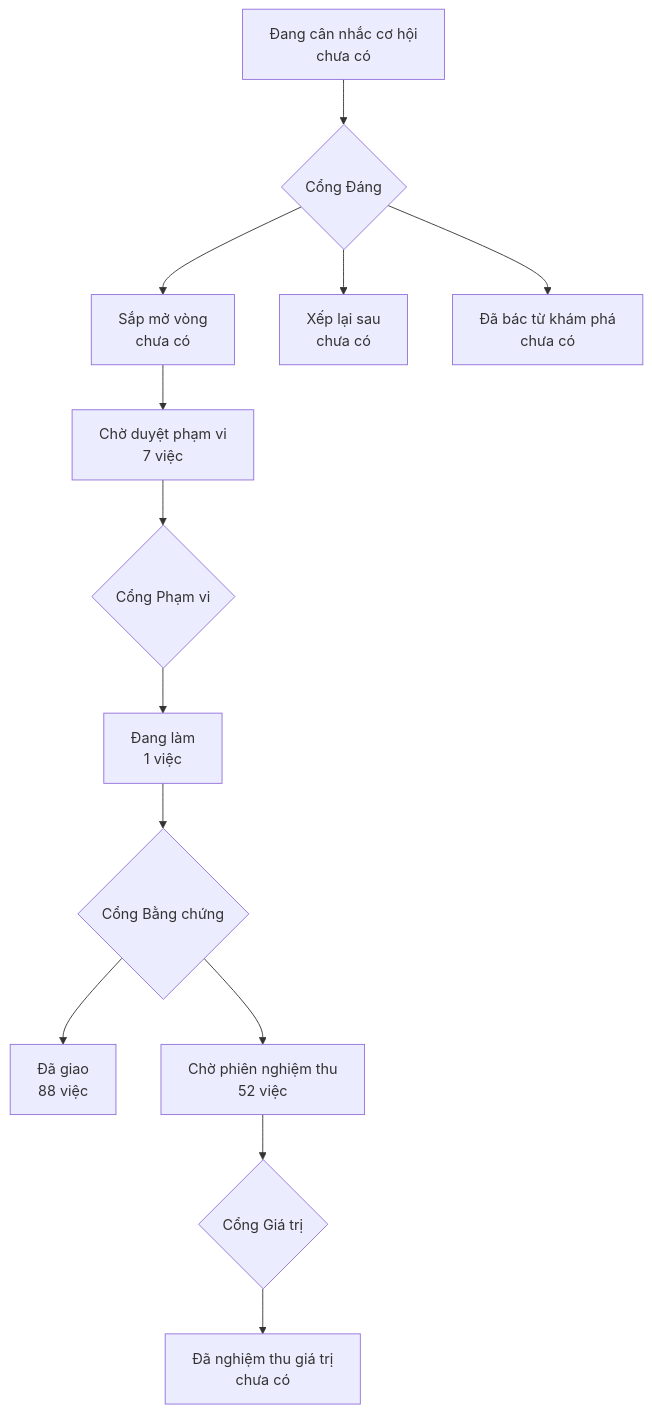
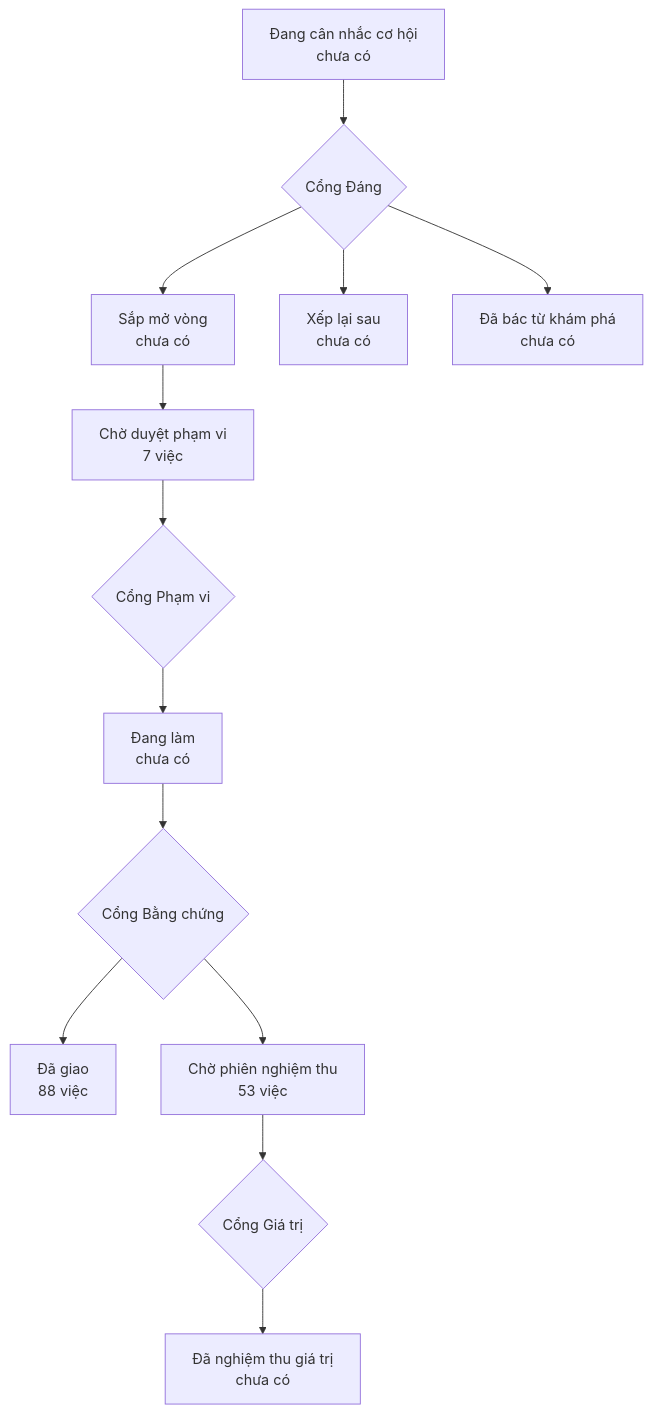
The diagram in PRODUCT-MAP.md (phanlemanh/onehub-invest), drawn with Mermaid before and after one commit. The commit also changed other lines of this file and 4 other files, not shown here.

````diff
--- a/PRODUCT-MAP.md
+++ b/PRODUCT-MAP.md
@@ -7,12 +7,12 @@
 ```mermaid
 flowchart TD
   A["Đang cân nhắc cơ hội<br/>chưa có"] --> GD{"Cổng Đáng"}
   GD --> B["Sắp mở vòng<br/>chưa có"]
   GD --> XL["Xếp lại sau<br/>chưa có"]
   GD --> DB["Đã bác từ khám phá<br/>chưa có"]
   B --> CD["Chờ duyệt phạm vi<br/>7 việc"] --> GP{"Cổng Phạm vi"}
-  GP --> DL["Đang làm<br/>1 việc"] --> GB{"Cổng Bằng chứng"}
+  GP --> DL["Đang làm<br/>chưa có"] --> GB{"Cổng Bằng chứng"}
   GB --> DG["Đã giao<br/>88 việc"]
-  GB --> CN["Chờ phiên nghiệm thu<br/>52 việc"] --> GG{"Cổng Giá trị"}
+  GB --> CN["Chờ phiên nghiệm thu<br/>53 việc"] --> GG{"Cổng Giá trị"}
   GG --> NT["Đã nghiệm thu giá trị<br/>chưa có"]
 ```
````
